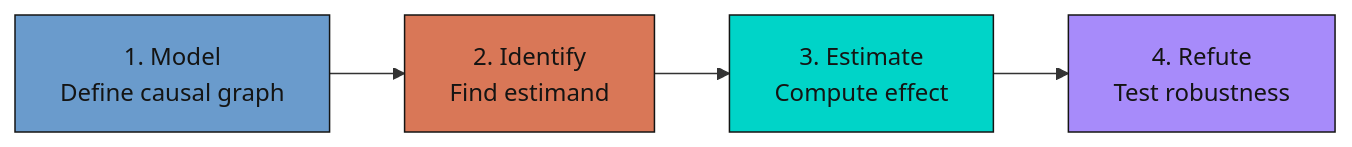
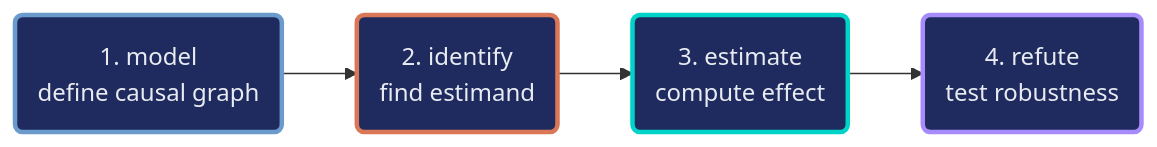
Before and after one commit to cmg777/starter-academic-v501: the first of 2 diagrams in content/post/python_dowhy_intro/index.md, drawn with Mermaid. The commit also changed other lines of this file and 16 other files, not shown here.

First line of the commit message:
content(mermaid): restyle flowcharts in Python posts, batch 1 of 2

````diff
--- a/content/post/python_dowhy_intro/index.md
+++ b/content/post/python_dowhy_intro/index.md
@@ -258,10 +258,14 @@
 ```mermaid
 graph LR
-    A["1. Model<br/>Define causal graph"] --> B["2. Identify<br/>Find estimand"]
-    B --> C["3. Estimate<br/>Compute effect"]
-    C --> D["4. Refute<br/>Test robustness"]
-    style A fill:#6a9bcc,stroke:#141413,color:#141413
-    style B fill:#d97757,stroke:#141413,color:#141413
-    style C fill:#00d4c8,stroke:#141413,color:#141413
-    style D fill:#a78bfa,stroke:#141413,color:#141413
+    A("1. model<br/>define causal graph") --> B("2. identify<br/>find estimand")
+    B --> C("3. estimate<br/>compute effect")
+    C --> D("4. refute<br/>test robustness")
+    classDef blue fill:#1f2b5e,stroke:#6a9bcc,stroke-width:3px,color:#e8ecf2
+    classDef orange fill:#1f2b5e,stroke:#d97757,stroke-width:3px,color:#e8ecf2
+    classDef teal fill:#1f2b5e,stroke:#00d4c8,stroke-width:3px,color:#e8ecf2
+    classDef violet fill:#1f2b5e,stroke:#a78bfa,stroke-width:3px,color:#e8ecf2
+    class A blue
+    class B orange
+    class C teal
+    class D violet
 ```
````
